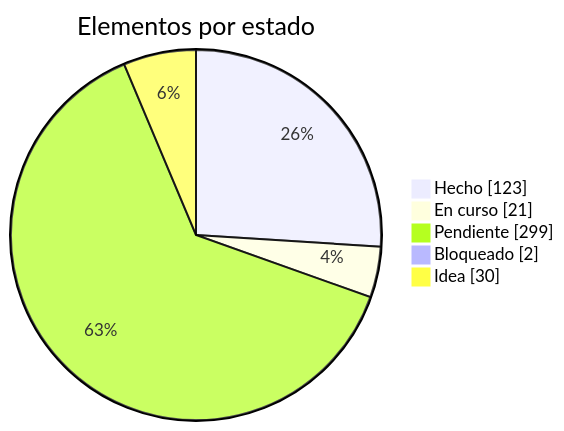
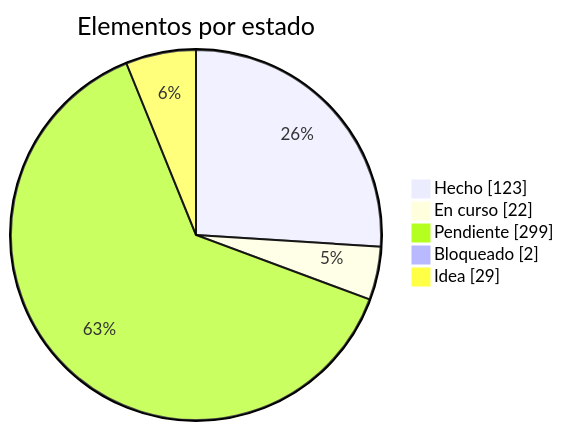
The first of 2 diagrams in docs/roadmap.md (dariogea/BM27), drawn with Mermaid before and after one commit. The commit also changed other lines of this file and 39 other files, not shown here.

````diff
--- a/docs/roadmap.md
+++ b/docs/roadmap.md
@@ -13,8 +13,8 @@
 ```mermaid
 pie showData title Elementos por estado
   "Hecho" : 123
-  "En curso" : 21
+  "En curso" : 22
   "Pendiente" : 299
   "Bloqueado" : 2
-  "Idea" : 30
+  "Idea" : 29
 ```
````
